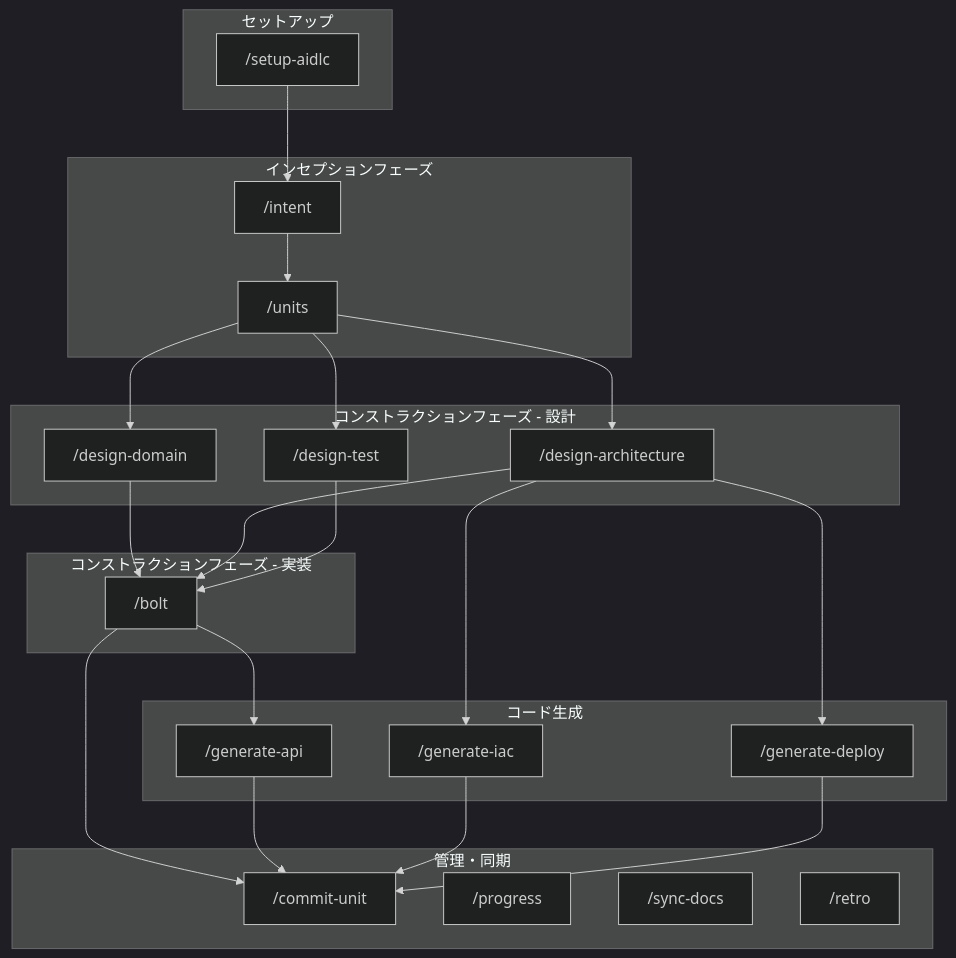
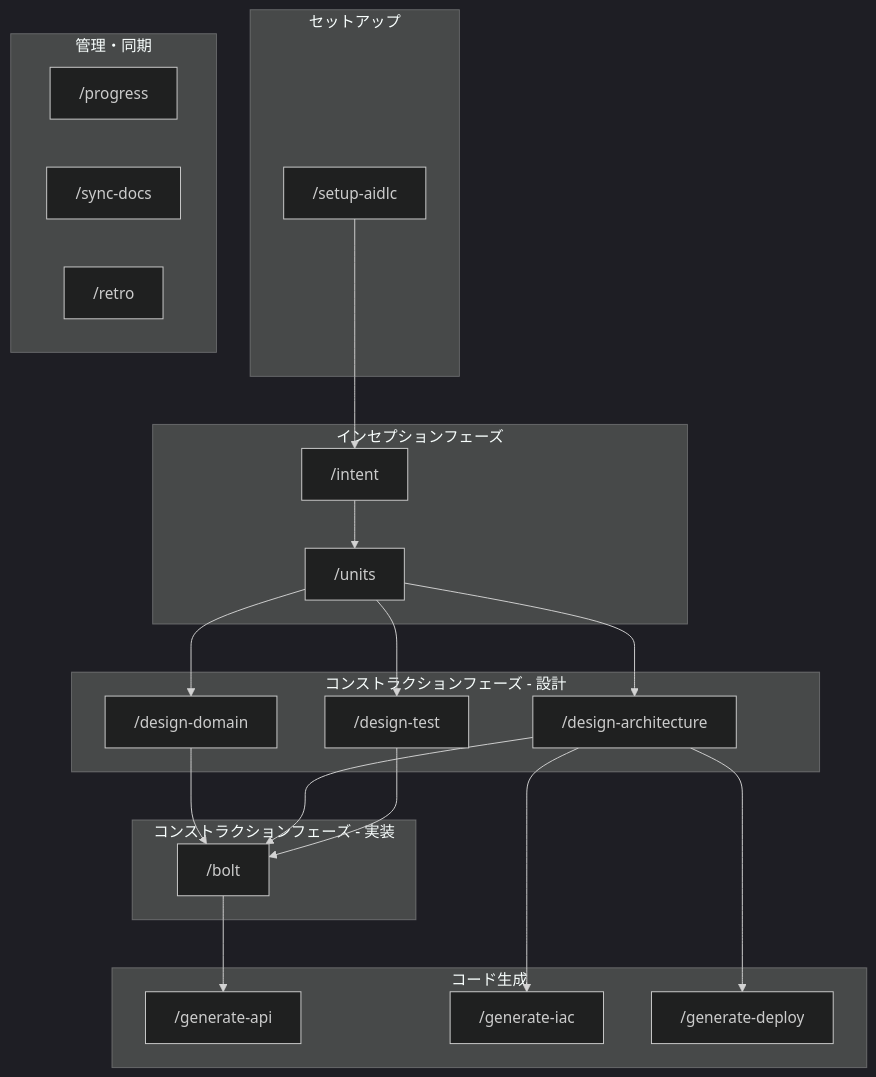
Before and after one commit to y-miyachika/ai-dlc-template: the first of 7 diagrams in docs/guides/workflow-dag.md, drawn with Mermaid (dark theme). The commit also changed other lines of this file and 1 other file, not shown here.

First line of the commit message:
fix: 存在しないコマンド(/commit-unit, /blocker)の参照を削除

````diff
--- a/docs/guides/workflow-dag.md
+++ b/docs/guides/workflow-dag.md
@@ -7,51 +7,46 @@
 ```mermaid
 graph TD
     subgraph "セットアップ"
         setup["/setup-aidlc"]
     end
 
     subgraph "インセプションフェーズ"
         intent["/intent"]
         units["/units"]
     end
 
     subgraph "コンストラクションフェーズ - 設計"
         domain["/design-domain"]
         arch["/design-architecture"]
         test["/design-test"]
     end
 
     subgraph "コンストラクションフェーズ - 実装"
         bolt["/bolt"]
     end
 
     subgraph "コード生成"
         api["/generate-api"]
         iac["/generate-iac"]
         deploy["/generate-deploy"]
     end
 
     subgraph "管理・同期"
-        commit["/commit-unit"]
         progress["/progress"]
         sync["/sync-docs"]
         retro["/retro"]
     end
 
     %% 依存関係
     setup --> intent
     intent --> units
     units --> domain
     units --> arch
     units --> test
     domain --> bolt
     arch --> bolt
     test --> bolt
     bolt --> api
     arch --> iac
     arch --> deploy
-    bolt --> commit
-    api --> commit
-    iac --> commit
-    deploy --> commit
 ```
````
